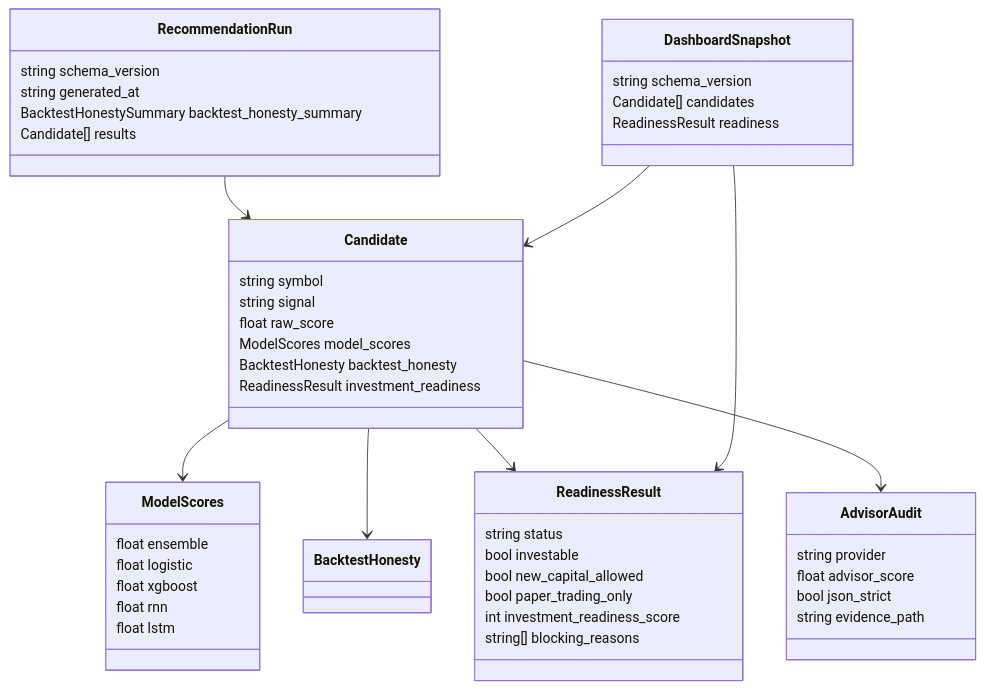
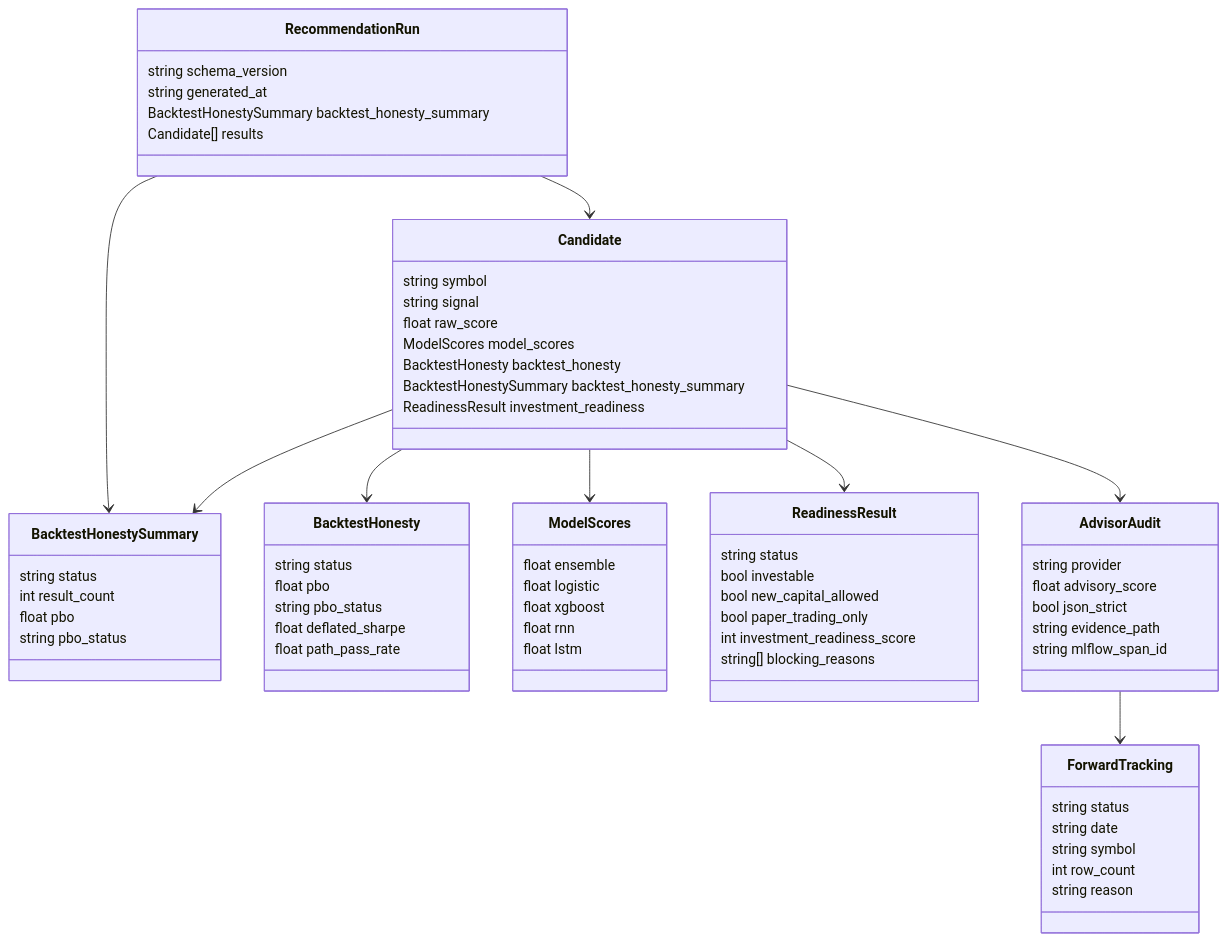
One commit to macho715/stock_hermes changed the second of 19 diagrams in README.md. Above: the diagram before and after it, drawn with Mermaid. The commit also changed other lines of this file, not shown here.

First line of the commit message:
docs(readme): Wave 3 Mermaid graphs + structure update

````diff
--- a/README.md
+++ b/README.md
@@ -52,56 +77,76 @@
 ```mermaid
 classDiagram
   class RecommendationRun {
     string schema_version
     string generated_at
     BacktestHonestySummary backtest_honesty_summary
     Candidate[] results
   }
 
+  class BacktestHonestySummary {
+    string status
+    int result_count
+    float pbo
+    string pbo_status
+  }
+
   class Candidate {
     string symbol
     string signal
     float raw_score
     ModelScores model_scores
     BacktestHonesty backtest_honesty
+    BacktestHonestySummary backtest_honesty_summary
     ReadinessResult investment_readiness
+  }
+
+  class BacktestHonesty {
+    string status
+    float pbo
+    string pbo_status
+    float deflated_sharpe
+    float path_pass_rate
   }
 
   class ModelScores {
     float ensemble
     float logistic
     float xgboost
     float rnn
     float lstm
   }
 
   class ReadinessResult {
     string status
     bool investable
     bool new_capital_allowed
     bool paper_trading_only
     int investment_readiness_score
     string[] blocking_reasons
   }
 
   class AdvisorAudit {
     string provider
-    float advisor_score
+    float advisory_score
     bool json_strict
     string evidence_path
+    string mlflow_span_id
   }
 
-  class DashboardSnapshot {
-    string schema_version
-    Candidate[] candidates
-    ReadinessResult readiness
+  class ForwardTracking {
+    string status
+    string date
+    string symbol
+    int row_count
+    string reason
   }
 
+  RecommendationRun --> BacktestHonestySummary
   RecommendationRun --> Candidate
   Candidate --> ModelScores
   Candidate --> BacktestHonesty
+  Candidate --> BacktestHonestySummary
   Candidate --> ReadinessResult
   Candidate --> AdvisorAudit
-  DashboardSnapshot --> Candidate
-  DashboardSnapshot --> ReadinessResult
+  AdvisorAudit --> ForwardTracking
 ```
````
